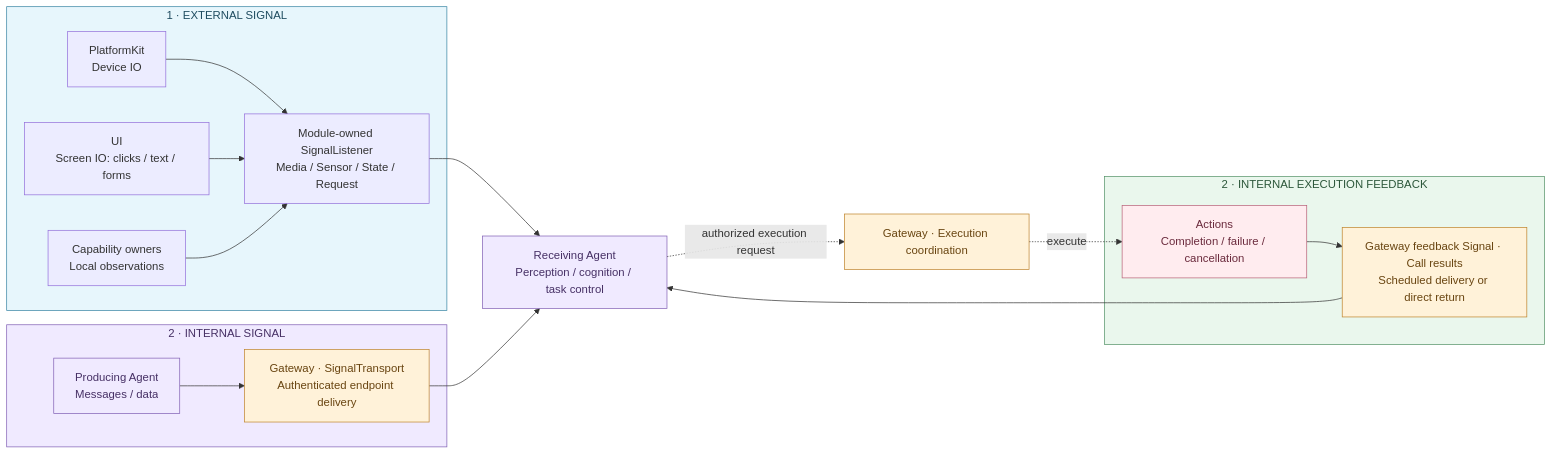
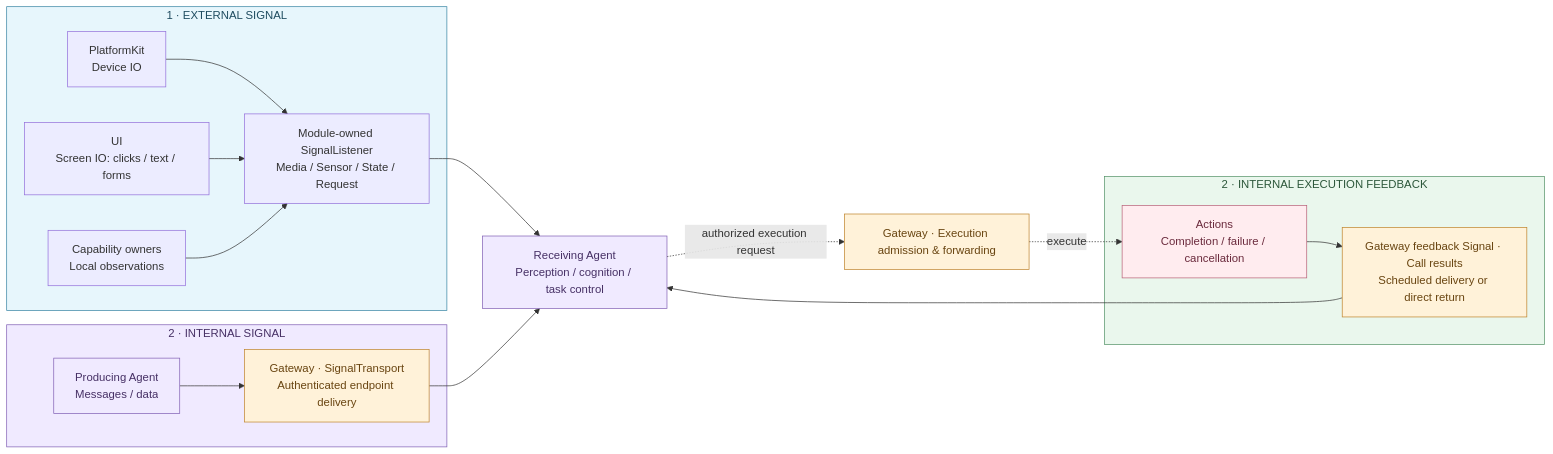
The fifth of 27 diagrams in MobileHarness/README.md (devilyouwei/MobileHarness), drawn with Mermaid before and after one commit. The commit also changed other lines of this file and 4 other files, not shown here.

First line of the commit message:
docs: align READMEs and diagrams with Gateway/Actions separation

````diff
--- a/MobileHarness/README.md
+++ b/MobileHarness/README.md
@@ -390,28 +390,28 @@
 ```mermaid
 flowchart LR
     subgraph External["1 · EXTERNAL SIGNAL"]
         P["PlatformKit<br/>Device IO"] --> D["Module-owned SignalListener<br/>Media / Sensor / State / Request"]
         U["UI<br/>Screen IO: clicks / text / forms"] --> D
         O["Capability owners<br/>Local observations"] --> D
     end
     subgraph Internal["2 · INTERNAL SIGNAL"]
         Peer["Producing Agent<br/>Messages / data"] --> T["Gateway · SignalTransport<br/>Authenticated endpoint delivery"]
     end
     subgraph Feedback["2 · INTERNAL EXECUTION FEEDBACK"]
         X["Actions<br/>Completion / failure / cancellation"] --> R["Gateway feedback Signal · Call results<br/>Scheduled delivery or direct return"]
     end
     D --> A["Receiving Agent<br/>Perception / cognition / task control"]
     T --> A
     R --> A
-    A -.->|"authorized execution request"| E["Gateway · Execution coordination"]
+    A -.->|"authorized execution request"| E["Gateway · Execution admission &amp; forwarding"]
     E -.->|"execute"| X
     style External fill:#e7f6fc,stroke:#3985a4,color:#1f4c60
     style Internal fill:#f0eaff,stroke:#8261b5,color:#463065
     style Feedback fill:#eaf7ed,stroke:#56936a,color:#2c573a
     classDef agent fill:#f0eaff,stroke:#8261b5,color:#463065
     classDef gateway fill:#fff2d9,stroke:#bf842c,color:#694511
     classDef action fill:#ffecef,stroke:#b86178,color:#6b2b3d
     class A,Peer agent
     class T,R,E gateway
     class X action
 ```
````
